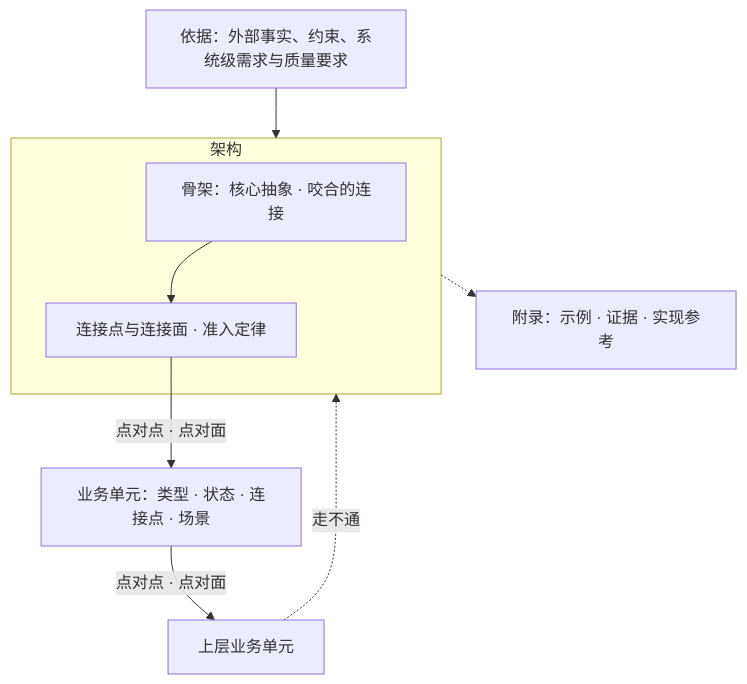
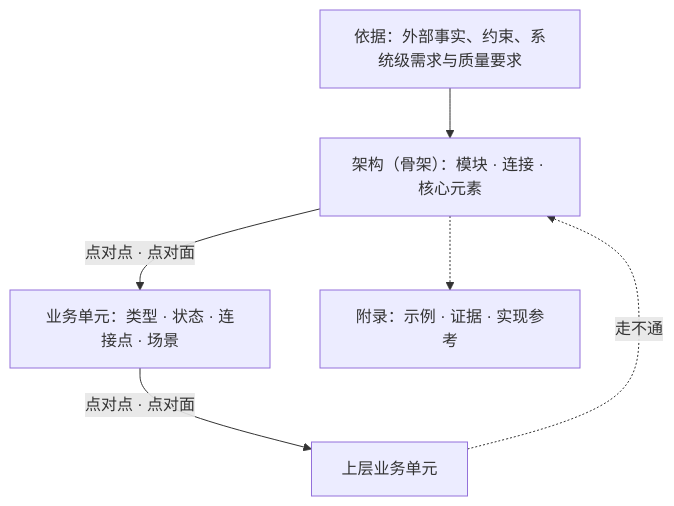
Before and after one commit to mouriya-s-lab/SSoT: the first of 3 diagrams in skills/software-design/SKILL.md, drawn with Mermaid. The commit also changed other lines of this file and 2 other files, not shown here.

First line of the commit message:
Drop invented skeleton/architecture split; state judgment methods instead of soroi cases

````diff
--- a/skills/software-design/SKILL.md
+++ b/skills/software-design/SKILL.md
@@ -35,11 +34,8 @@
 ```mermaid
 flowchart TB
-    G["依据：外部事实、约束、系统级需求与质量要求"] --> A
-    subgraph A["架构"]
-        S["骨架：核心抽象 · 咬合的连接"] --> P["连接点与连接面 · 准入定律"]
-    end
-    P -->|"点对点 · 点对面"| B["业务单元：类型 · 状态 · 连接点 · 场景"]
+    G["依据：外部事实、约束、系统级需求与质量要求"] --> A["架构（骨架）：模块 · 连接 · 核心元素"]
+    A -->|"点对点 · 点对面"| B["业务单元：类型 · 状态 · 连接点 · 场景"]
     B -->|"点对点 · 点对面"| U["上层业务单元"]
     U -.->|"走不通"| A
     A -.-> X["附录：示例 · 证据 · 实现参考"]
 ```
````
